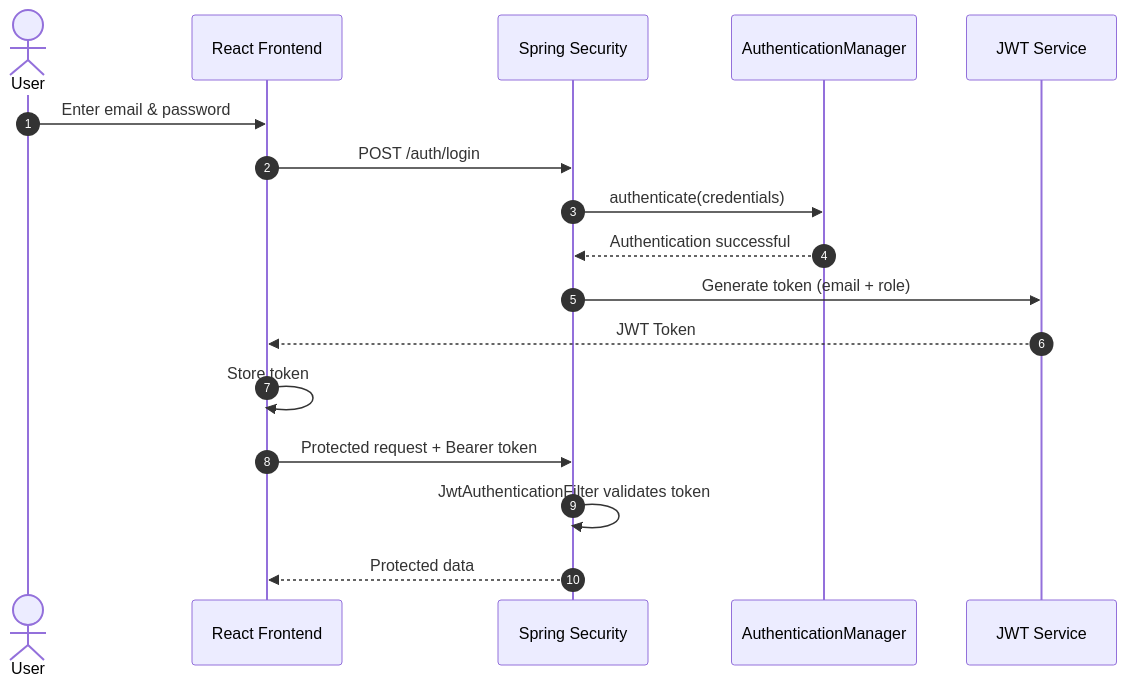
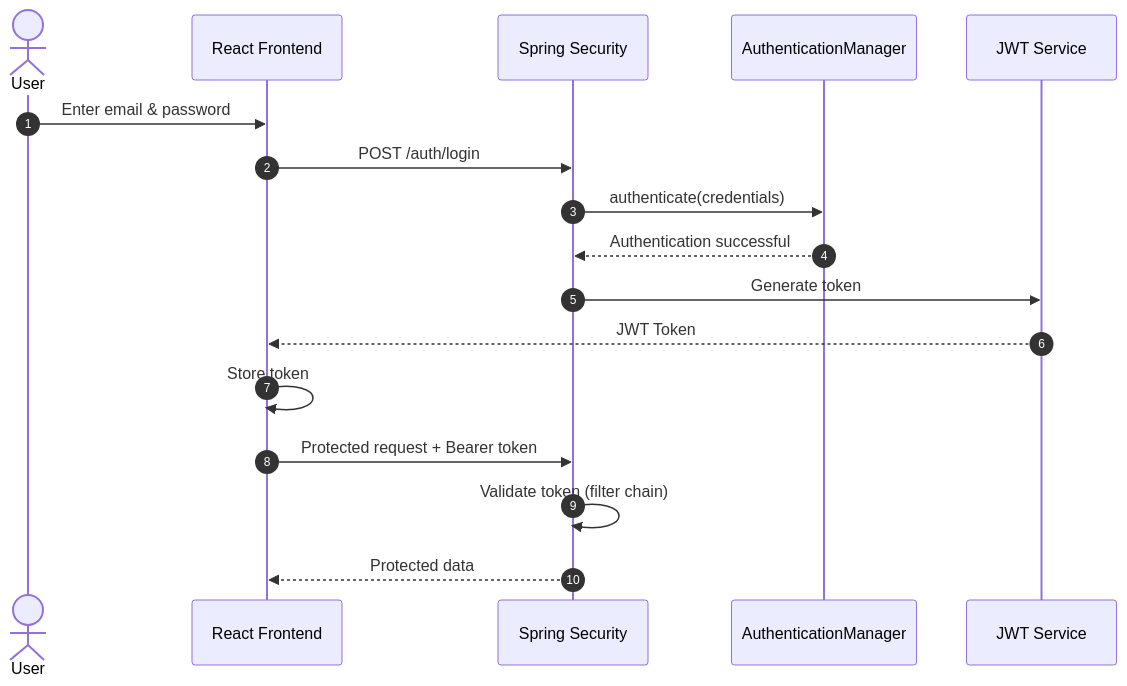
One commit to Sahil2u47/smart_parking_system_frontend changed the second of 8 diagrams in README.md. Above: the diagram before and after it, drawn with Mermaid. The commit also changed other lines of this file, not shown here.

````diff
--- a/README.md
+++ b/README.md
@@ -86,20 +140,20 @@
 ```mermaid
 sequenceDiagram
     autonumber
     actor U as User
     participant F as React Frontend
     participant S as Spring Security
     participant A as AuthenticationManager
     participant J as JWT Service
 
     U->>F: Enter email & password
     F->>S: POST /auth/login
     S->>A: authenticate(credentials)
     A-->>S: Authentication successful
-    S->>J: Generate token (email + role)
+    S->>J: Generate token
     J-->>F: JWT Token
     F->>F: Store token
     F->>S: Protected request + Bearer token
-    S->>S: JwtAuthenticationFilter validates token
+    S->>S: Validate token (filter chain)
     S-->>F: Protected data
 ```
````
